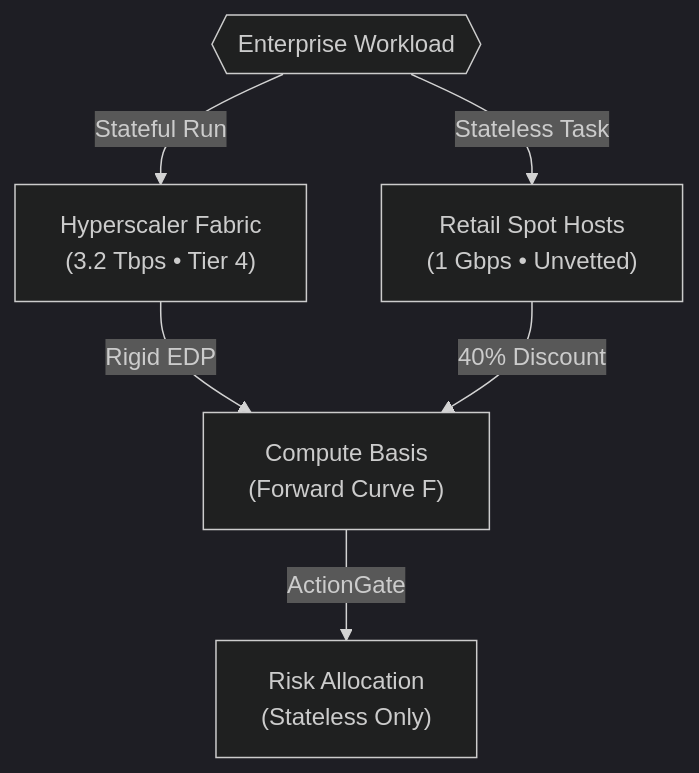
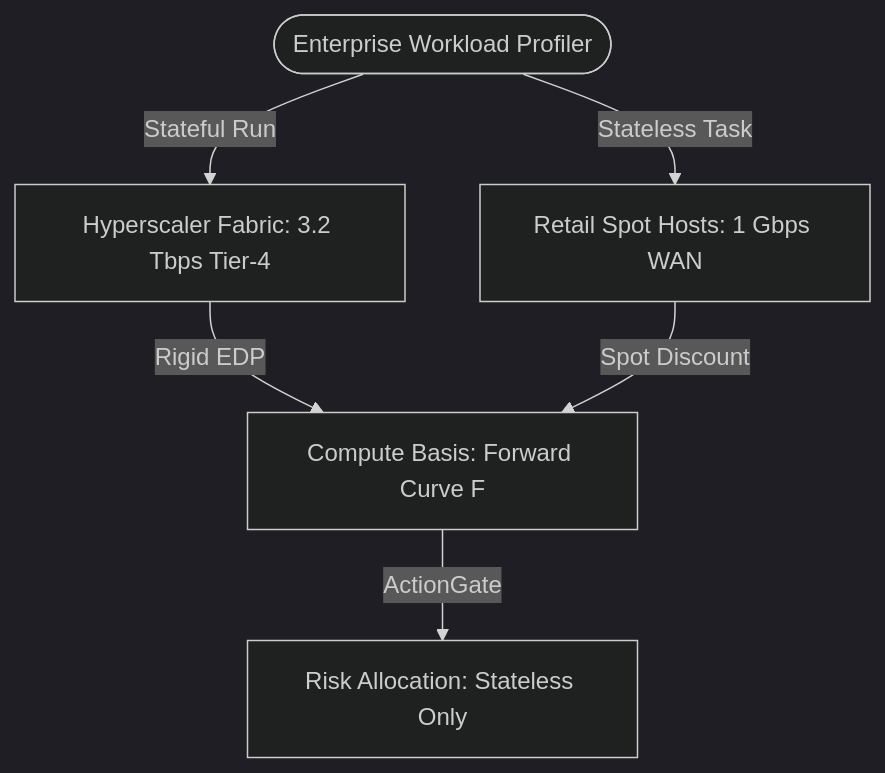
One commit to AAH20/apex-compute-energy-futures changed the second of 3 diagrams in README.md. Above: the diagram before and after it, drawn with Mermaid (dark theme). The commit also changed other lines of this file and 4 other files, not shown here.

Commit message:
fix(diagrams): sanitize mermaid syntax for 100% github native rendering

````diff
--- a/README.md
+++ b/README.md
@@ -62,10 +62,10 @@
 ```mermaid
 flowchart TD
-    WORKLOAD{{"Enterprise Workload"}} -->|Stateful Run| HYPER["Hyperscaler Fabric<br>(3.2 Tbps • Tier 4)"]
-    WORKLOAD -->|Stateless Task| RETAIL["Retail Spot Hosts<br>(1 Gbps • Unvetted)"]
+    WORKLOAD(["Enterprise Workload Profiler"]) -->|"Stateful Run"| HYPER["Hyperscaler Fabric: 3.2 Tbps Tier-4"]
+    WORKLOAD -->|"Stateless Task"| RETAIL["Retail Spot Hosts: 1 Gbps WAN"]
     
-    HYPER -->|Rigid EDP| BASIS["Compute Basis<br>(Forward Curve F)"]
-    RETAIL -->|40% Discount| BASIS
+    HYPER -->|"Rigid EDP"| BASIS["Compute Basis: Forward Curve F"]
+    RETAIL -->|"Spot Discount"| BASIS
     
-    BASIS -->|ActionGate| RISK["Risk Allocation<br>(Stateless Only)"]
+    BASIS -->|"ActionGate"| RISK["Risk Allocation: Stateless Only"]
 ```
````
